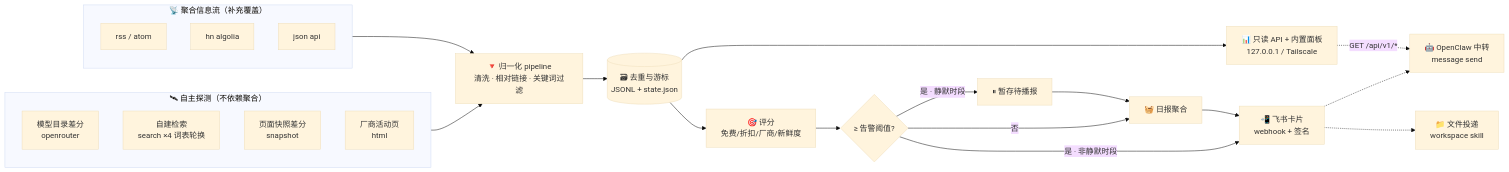
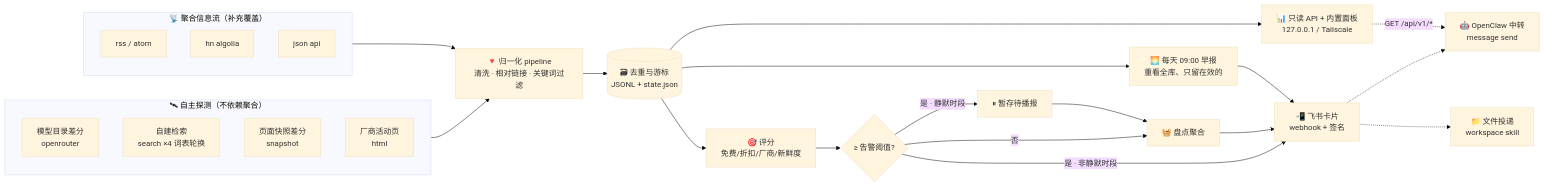
The first of 5 diagrams in README.md (xiabee/Deal-Hunter), drawn with Mermaid (base theme) before and after one commit. The commit also changed other lines of this file and 15 other files, not shown here.

````diff
--- a/README.md
+++ b/README.md
@@ -26,33 +27,35 @@
 ```mermaid
 flowchart LR
     subgraph A["🛰 自主探测（不依赖聚合）"]
         A1["模型目录差分<br/>openrouter"]
         A2["自建检索<br/>search ×4 词表轮换"]
         A3["页面快照差分<br/>snapshot"]
         A4["厂商活动页<br/>html"]
     end
     subgraph B["📡 聚合信息流（补充覆盖）"]
         B1["rss / atom"]
         B2["hn algolia"]
         B3["json api"]
     end
 
     A --> P
     B --> P
     P["🔻 归一化 pipeline<br/>清洗 · 相对链接 · 关键词过滤"]
 
     P --> D[("🗃 去重与游标<br/>JSONL + state.json")]
     D --> S["🎯 评分<br/>免费/折扣/厂商/新鲜度"]
     S --> F{"≥ 告警阈值?"}
 
     F -- "是 · 非静默时段" --> N1["📲 飞书卡片<br/>webhook + 签名"]
     F -- "是 · 静默时段" --> HOLD["⏸ 暂存待播报"]
-    F -- "否" --> DIG["🧺 日报聚合"]
+    F -- "否" --> DIG["🧺 盘点聚合"]
     HOLD --> DIG
     DIG --> N1
+    D --> DAY["🌅 每天 09:00 早报<br/>重看全库、只留在效的"]
+    DAY --> N1
     N1 -.-> N2["🤖 OpenClaw 中转<br/>message send"]
     N1 -.-> N3["📁 文件投递<br/>workspace skill"]
 
     D --> API["📊 只读 API + 内置面板<br/>127.0.0.1 / Tailscale"]
     API -.->|"GET /api/v1/*"| N2
 ```
````
